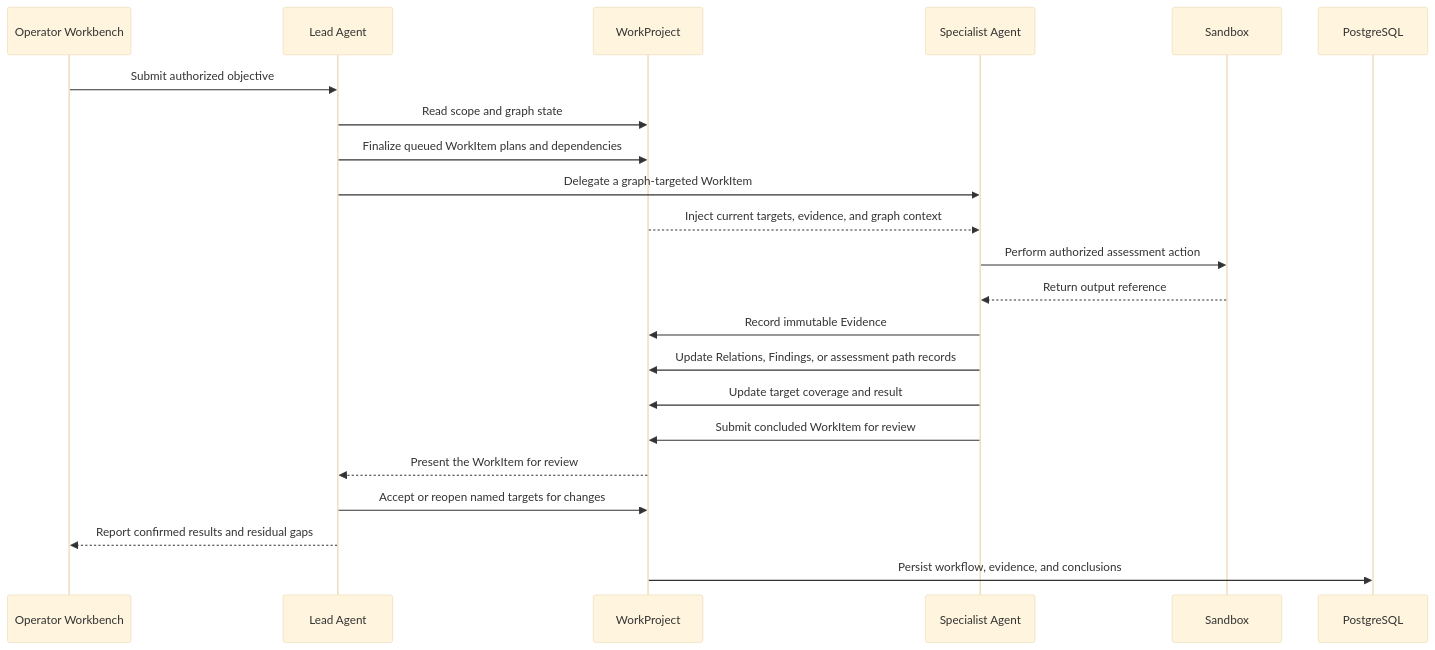
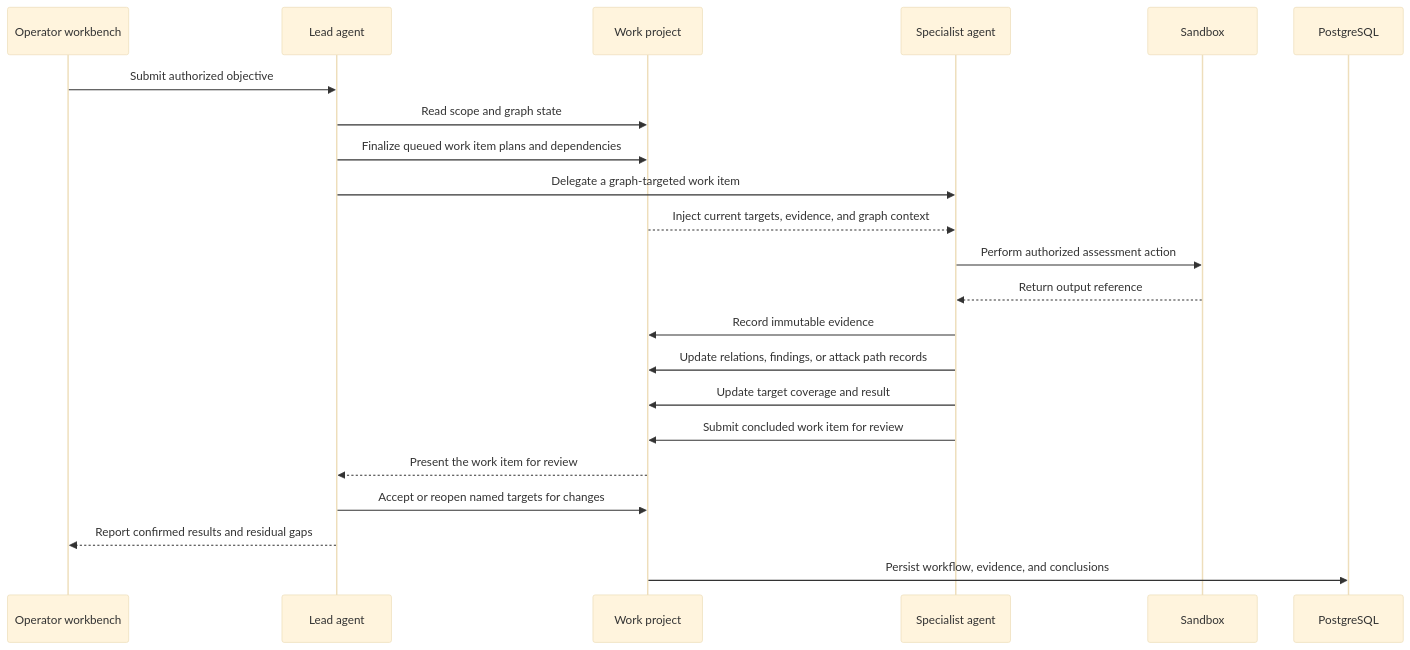
One commit to 1sLand99/Z3r0 changed the third of 3 diagrams in docs/en/guide/overview.md. Above: the diagram before and after it, drawn with Mermaid (base theme). The commit also changed other lines of this file and 32 other files, not shown here.

````diff
--- a/docs/en/guide/overview.md
+++ b/docs/en/guide/overview.md
@@ -99,25 +114,25 @@
 ```mermaid
 sequenceDiagram
-  participant UI as Operator Workbench
-  participant Lead as Lead Agent
-  participant Work as WorkProject
-  participant Expert as Specialist Agent
+  participant UI as Operator workbench
+  participant Lead as Lead agent
+  participant Work as Work project
+  participant Expert as Specialist agent
   participant Sandbox as Sandbox
   participant DB as PostgreSQL
 
   UI->>Lead: Submit authorized objective
   Lead->>Work: Read scope and graph state
-  Lead->>Work: Finalize queued WorkItem plans and dependencies
-  Lead->>Expert: Delegate a graph-targeted WorkItem
+  Lead->>Work: Finalize queued work item plans and dependencies
+  Lead->>Expert: Delegate a graph-targeted work item
   Work-->>Expert: Inject current targets, evidence, and graph context
   Expert->>Sandbox: Perform authorized assessment action
   Sandbox-->>Expert: Return output reference
-  Expert->>Work: Record immutable Evidence
-  Expert->>Work: Update Relations, Findings, or assessment path records
+  Expert->>Work: Record immutable evidence
+  Expert->>Work: Update relations, findings, or attack path records
   Expert->>Work: Update target coverage and result
-  Expert->>Work: Submit concluded WorkItem for review
-  Work-->>Lead: Present the WorkItem for review
+  Expert->>Work: Submit concluded work item for review
+  Work-->>Lead: Present the work item for review
   Lead->>Work: Accept or reopen named targets for changes
   Lead-->>UI: Report confirmed results and residual gaps
   Work->>DB: Persist workflow, evidence, and conclusions
 ```
````
